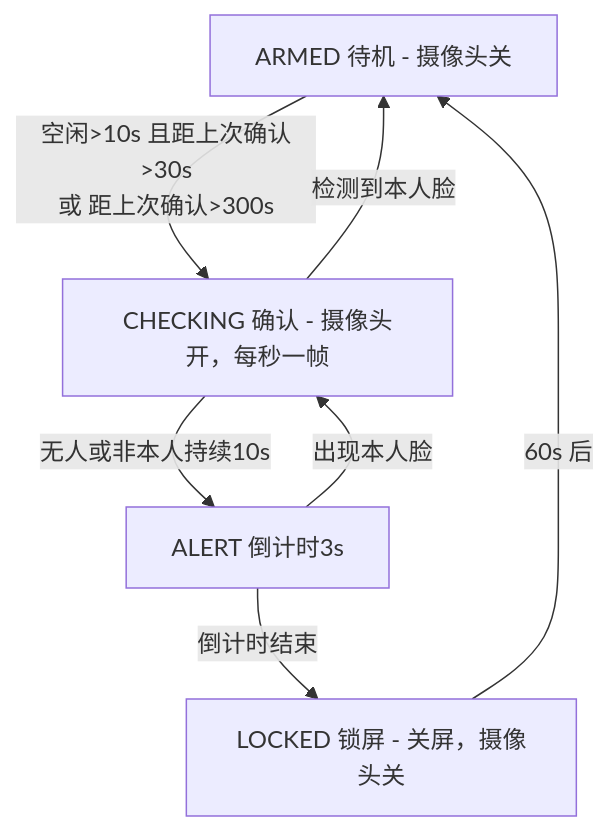
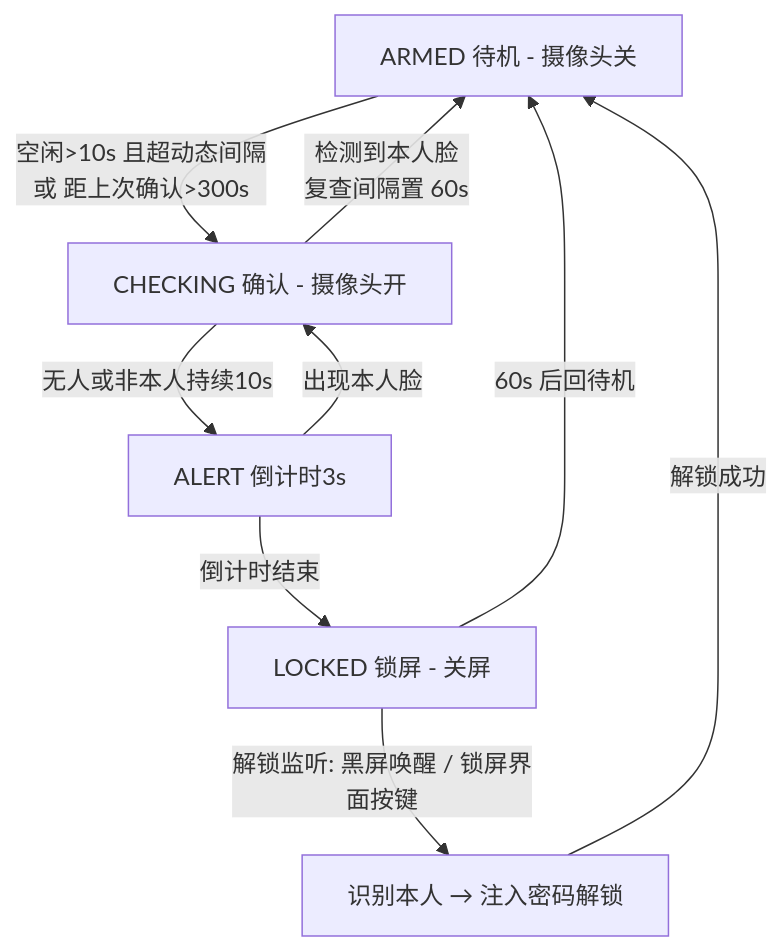
One commit to zhonxia/presence-lock changed the second of 2 diagrams in README.zh.md. Above: the diagram before and after it, drawn with Mermaid. The commit also changed other lines of this file and 1 other file, not shown here.

Commit message:
README: 三条检测线思维导图（空闲/防陌生人/解锁监听）、自动解锁移入已实现特性、权限与踩坑记录更新

````diff
--- a/README.zh.md
+++ b/README.zh.md
@@ -95,9 +125,11 @@
 ```mermaid
 flowchart TD
-    A[ARMED 待机 - 摄像头关] -->|空闲>10s 且距上次确认>30s<br>或 距上次确认>300s| B[CHECKING 确认 - 摄像头开，每秒一帧]
-    B -->|检测到本人脸| A
+    A[ARMED 待机 - 摄像头关] -->|空闲>10s 且超动态间隔<br>或 距上次确认>300s| B[CHECKING 确认 - 摄像头开]
+    B -->|检测到本人脸<br>复查间隔置 60s| A
     B -->|无人或非本人持续10s| C[ALERT 倒计时3s]
     C -->|出现本人脸| B
-    C -->|倒计时结束| D[LOCKED 锁屏 - 关屏，摄像头关]
-    D -->|60s 后| A
+    C -->|倒计时结束| D[LOCKED 锁屏 - 关屏]
+    D -->|60s 后回待机| A
+    D -->|解锁监听: 黑屏唤醒 / 锁屏界面按键| E[识别本人 → 注入密码解锁]
+    E -->|解锁成功| A
 ```
````
